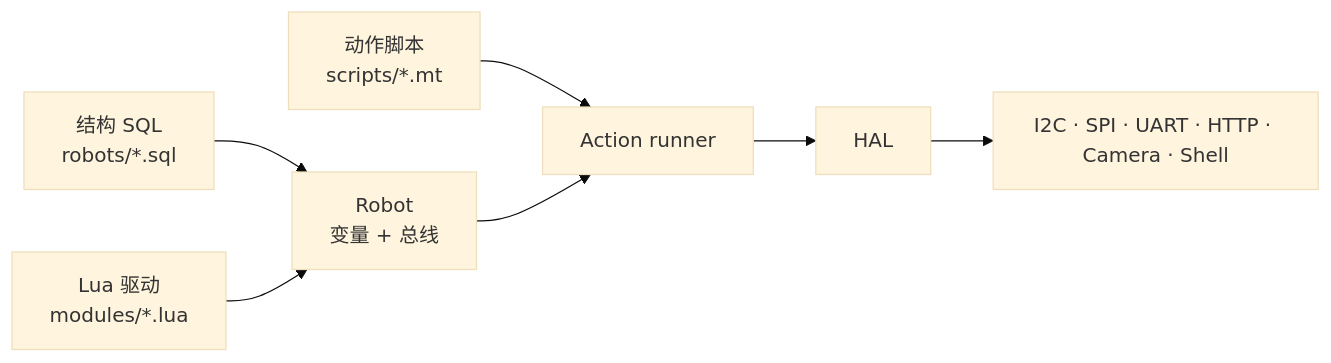
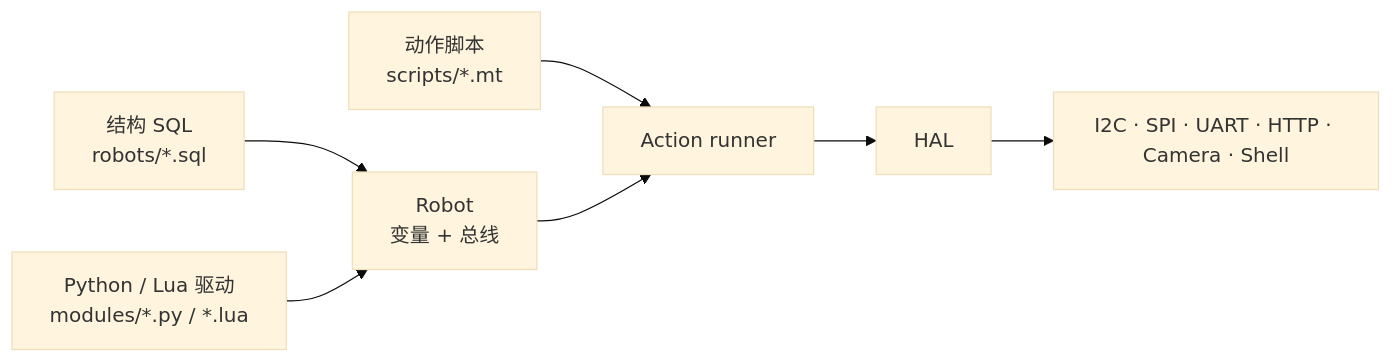
One commit to gopsc/mybot changed the diagram in README.md. Above: the diagram before and after it, drawn with Mermaid (base theme). The commit also changed other lines of this file and 30 other files, not shown here.

First line of the commit message:
feat(drivers): support native Python modules from SQL

````diff
--- a/README.md
+++ b/README.md
@@ -128,9 +128,9 @@
 ```mermaid
 flowchart LR
     SQL["结构 SQL<br/>robots/*.sql"] --> ROBOT["Robot<br/>变量 + 总线"]
-    LUA["Lua 驱动<br/>modules/*.lua"] --> ROBOT
+    DRIVER["Python / Lua 驱动<br/>modules/*.py / *.lua"] --> ROBOT
     MT["动作脚本<br/>scripts/*.mt"] --> RUNNER["Action runner"]
     ROBOT --> RUNNER
     RUNNER --> HAL["HAL"]
     HAL --> DEV["I2C · SPI · UART · HTTP · Camera · Shell"]
 ```
````
